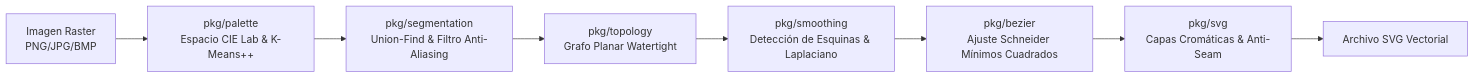
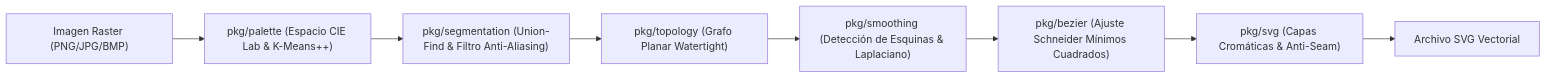
The diagram in README.md (zamora322/vectorizador), drawn with Mermaid before and after one commit. The commit also changed other lines of this file and 34 other files, not shown here.

````diff
--- a/README.md
+++ b/README.md
@@ -50,10 +68,10 @@
 ```mermaid
 flowchart LR
-    A[Imagen Raster\nPNG/JPG/BMP] --> B[pkg/palette\nEspacio CIE Lab & K-Means++]
-    B --> C[pkg/segmentation\nUnion-Find & Filtro Anti-Aliasing]
-    C --> D[pkg/topology\nGrafo Planar Watertight]
-    D --> E[pkg/smoothing\nDetección de Esquinas & Laplaciano]
-    E --> F[pkg/bezier\nAjuste Schneider Mínimos Cuadrados]
-    F --> G[pkg/svg\nCapas Cromáticas & Anti-Seam]
-    G --> H[Archivo SVG Vectorial]
+    A["Imagen Raster (PNG/JPG/BMP)"] --> B["pkg/palette (Espacio CIE Lab & K-Means++)"]
+    B --> C["pkg/segmentation (Union-Find & Filtro Anti-Aliasing)"]
+    C --> D["pkg/topology (Grafo Planar Watertight)"]
+    D --> E["pkg/smoothing (Detección de Esquinas & Laplaciano)"]
+    E --> F["pkg/bezier (Ajuste Schneider Mínimos Cuadrados)"]
+    F --> G["pkg/svg (Capas Cromáticas & Anti-Seam)"]
+    G --> H["Archivo SVG Vectorial"]
 ```
````
